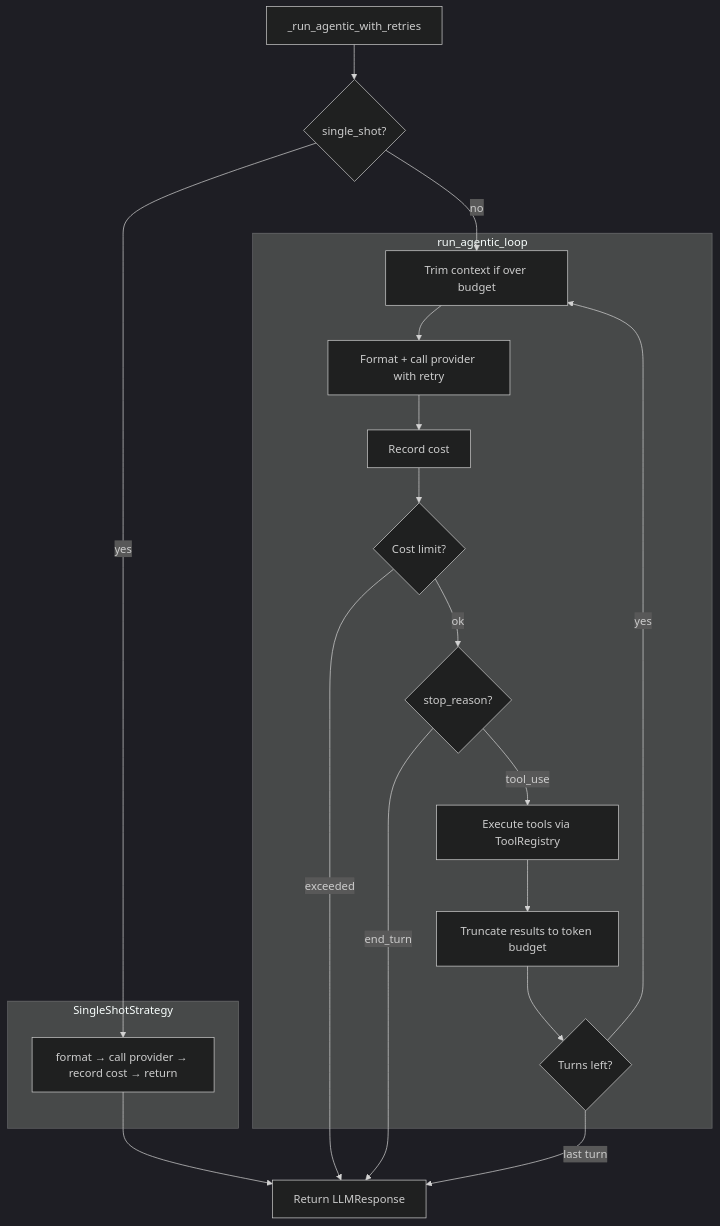
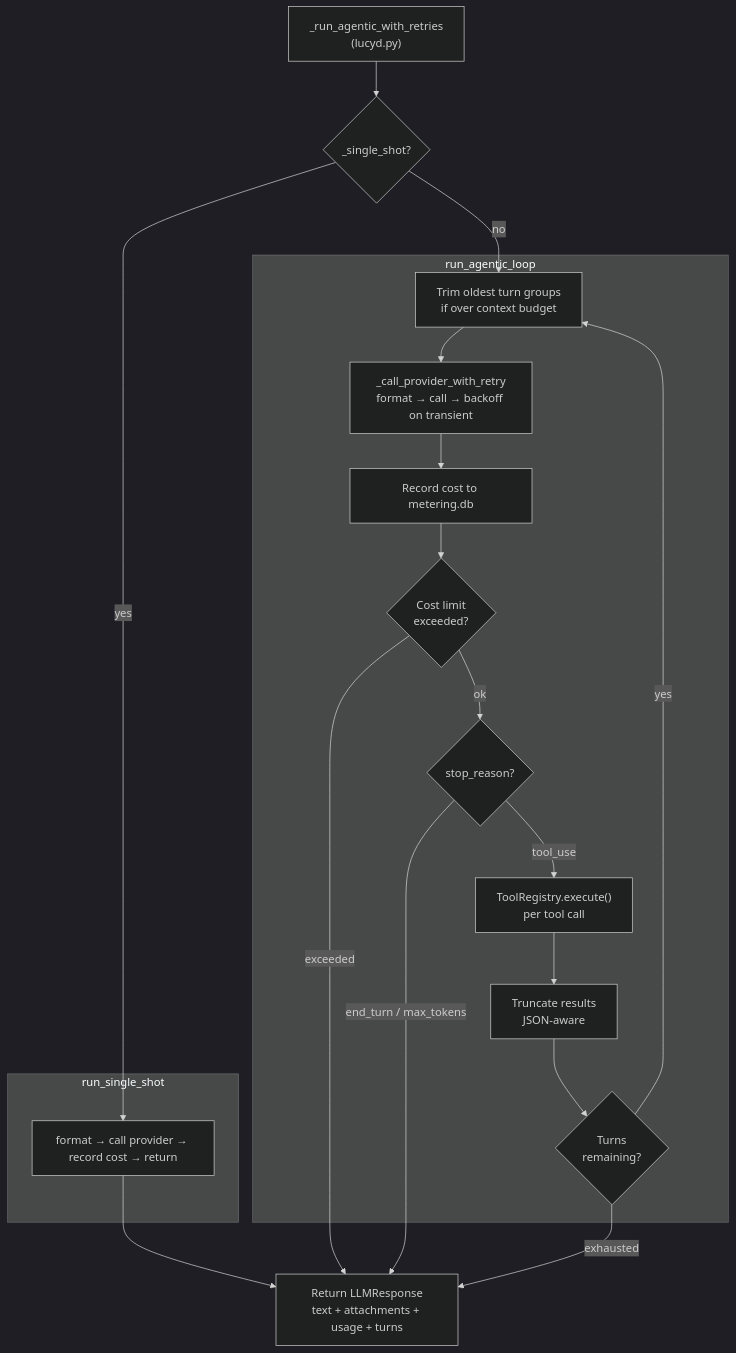
One commit to nicolasforstinger/lucyd changed the second of 10 diagrams in docs/diagrams.md. Above: the diagram before and after it, drawn with Mermaid (dark theme). The commit also changed other lines of this file and 1 other file, not shown here.

First line of the commit message:
Rewrite diagrams.md and operations.md from code

````diff
--- a/docs/diagrams.md
+++ b/docs/diagrams.md
@@ -70,32 +74,32 @@
 ```mermaid
 flowchart TD
-    START["_run_agentic_with_retries"]
-    DISPATCH{"single_shot?"}
+    START["_run_agentic_with_retries<br/>(lucyd.py)"]
+    DISPATCH{"_single_shot?"}
 
-    subgraph SingleShot["SingleShotStrategy"]
+    subgraph SingleShot["run_single_shot"]
         SS["format → call provider → record cost → return"]
     end
 
     subgraph ToolUse["run_agentic_loop"]
-        TRIM["Trim context if over budget"]
-        CALL["Format + call provider with retry"]
-        METER["Record cost"]
-        COST_CHECK{"Cost limit?"}
+        TRIM["Trim oldest turn groups<br/>if over context budget"]
+        CALL["_call_provider_with_retry<br/>format → call → backoff on transient"]
+        METER["Record cost to metering.db"]
+        COST_CHECK{"Cost limit<br/>exceeded?"}
         STOP{"stop_reason?"}
-        TOOLS["Execute tools via ToolRegistry"]
-        TRUNC["Truncate results to token budget"]
-        TURNS{"Turns left?"}
+        TOOLS["ToolRegistry.execute()<br/>per tool call"]
+        TRUNC["Truncate results<br/>JSON-aware"]
+        TURNS{"Turns<br/>remaining?"}
     end
 
-    RETURN["Return LLMResponse"]
+    RETURN["Return LLMResponse<br/>text + attachments + usage + turns"]
 
     START --> DISPATCH
     DISPATCH -->|yes| SS --> RETURN
     DISPATCH -->|no| TRIM --> CALL --> METER --> COST_CHECK
     COST_CHECK -->|exceeded| RETURN
     COST_CHECK -->|ok| STOP
-    STOP -->|end_turn| RETURN
+    STOP -->|end_turn / max_tokens| RETURN
     STOP -->|tool_use| TOOLS --> TRUNC --> TURNS
     TURNS -->|yes| TRIM
-    TURNS -->|last turn| RETURN
+    TURNS -->|exhausted| RETURN
 ```
````
